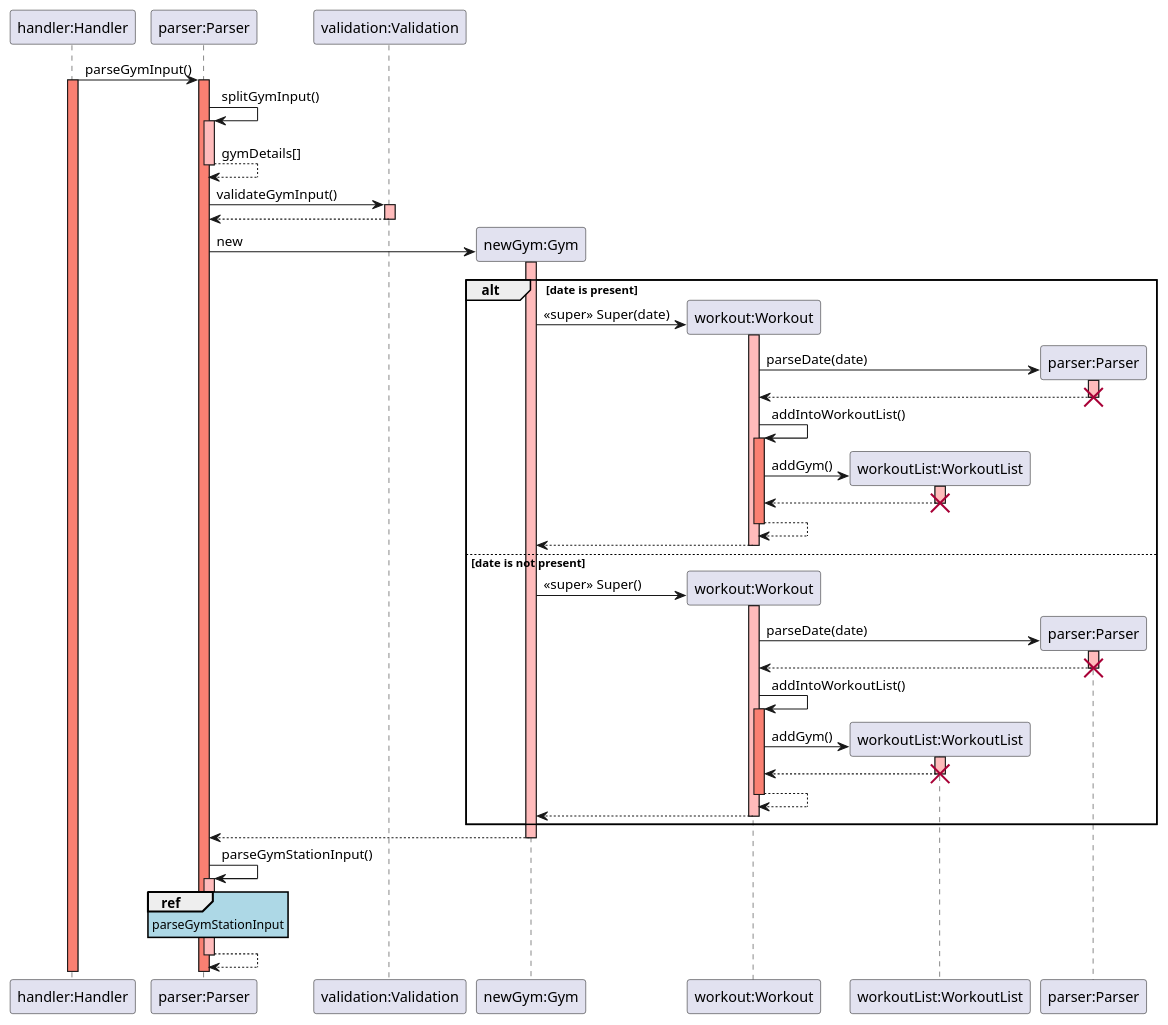
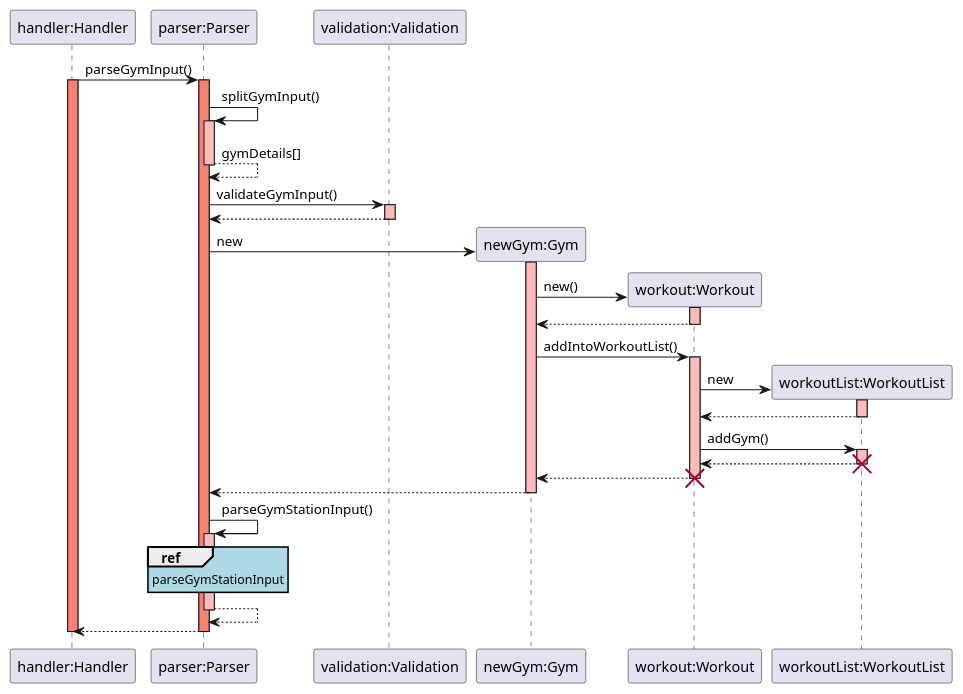
The diagram in docs/puml/sequence_diagrams/gym_sequence.puml (rouvinerh/tp), drawn with PlantUML before and after one commit. The commit also changed 9 other files, not shown here.

Commit message:
touch up sequence diagram

```diff
--- a/docs/puml/sequence_diagrams/gym_sequence.puml
+++ b/docs/puml/sequence_diagrams/gym_sequence.puml
@@ -1,86 +1,63 @@
 @startuml
 skinparam sequenceReferenceBackgroundColor lightblue
 
 participant "handler:Handler" as Handler
 participant "parser:Parser" as Parser
 participant "validation:Validation" as Validation
 participant "newGym:Gym" as Gym
 participant "workout:Workout" as Workout
 participant "workoutList:WorkoutList" as WorkoutList
-participant "parser:Parser" as newParser
 
 Handler -> Parser: parseGymInput()
 activate Handler #salmon
 activate Parser #salmon
 
 Parser -> Parser: splitGymInput()
 activate Parser #FFBBBB
 Parser --> Parser: gymDetails[]
 deactivate Parser #FFBBBB
 
 Parser -> Validation: validateGymInput()
 activate Validation #FFBBBB
 Validation --> Parser: 
 deactivate Validation
 
 Parser -> Gym **: new
 
 
+    activate Gym #FFBBBB   
+    Gym -> Workout **: new()
+    activate Workout #FFBBBB
+    Workout --> Gym: 
+    deactivate Workout #FFBBBB
 
-alt date is present
-    activate Gym #FFBBBB   
-    Gym -> Workout **: <<super>> Super(date)
+    Gym -> Workout: addIntoWorkoutList()
     activate Workout #FFBBBB
-    Workout -> newParser **: parseDate(date)
-    activate newParser #FFBBBB
-    newParser --> Workout:
-    deactivate newParser #FFBBBB
-    destroy newParser
+    Workout -> WorkoutList **: new
+    activate WorkoutList #FFBBBB
+    WorkoutList --> Workout:
+    deactivate WorkoutList #FFBBBB
 
-    Workout -> Workout: addIntoWorkoutList()
-    activate Workout #salmon
-    Workout -> WorkoutList **: addGym()
+    Workout -> WorkoutList: addGym()
     activate WorkoutList #FFBBBB
     WorkoutList --> Workout:
     deactivate WorkoutList #FFBBBB
     destroy WorkoutList
+    
+    Workout --> Gym :
+    deactivate Workout #FFBBBB
+    destroy Workout
 
-    Workout --> Workout :
-    deactivate Workout #Salmon
-
-    Workout --> Gym:
-    deactivate Workout #FFBBBB
- 
-else date is not present
-    Gym -> Workout **: <<super>> Super()
-    activate Workout #FFBBBB
-    Workout -> newParser **: parseDate(date)
-    activate newParser #FFBBBB
-    newParser --> Workout:
-    deactivate newParser #FFBBBB
-    destroy newParser
-
-    Workout -> Workout: addIntoWorkoutList()
-    activate Workout #salmon
-    Workout -> WorkoutList **: addGym()
-    activate WorkoutList #FFBBBB
-    WorkoutList --> Workout:
-    deactivate WorkoutList #FFBBBB
-    destroy WorkoutList
-
-    Workout --> Workout :
-    deactivate Workout #Salmon
-
-    Workout --> Gym:
-    deactivate Workout #FFBBBB
-end
 Gym --> Parser:
 deactivate Gym #FFBBBB
 
 Parser -> Parser: parseGymStationInput()
 activate Parser #FFBBBB
 ref over Parser: parseGymStationInput
 Parser --> Parser:
 deactivate Parser #FFBBBB
+Parser --> Handler 
 
+deactivate Parser #salmon
+deactivate Handler #salmon
 @enduml
```
